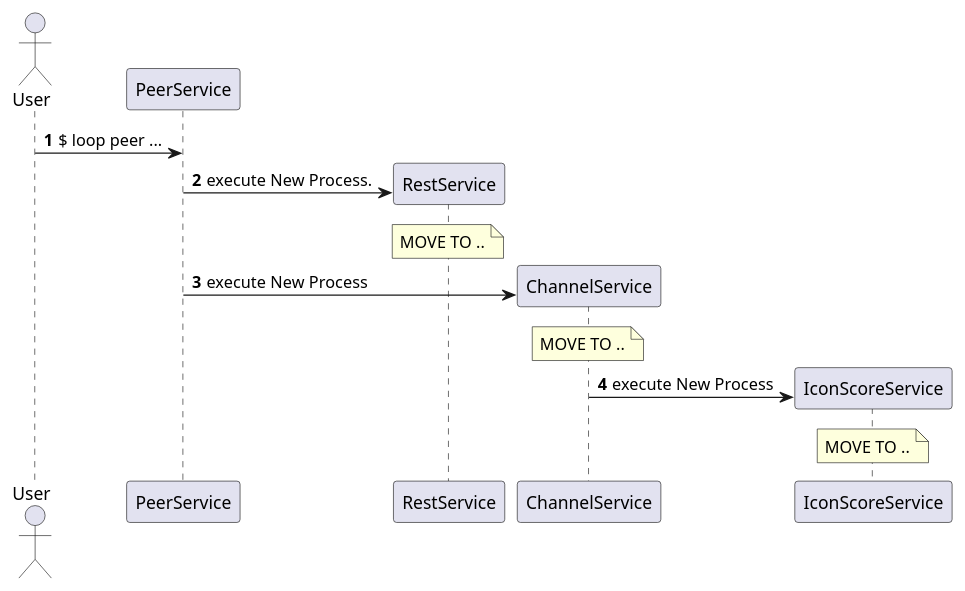
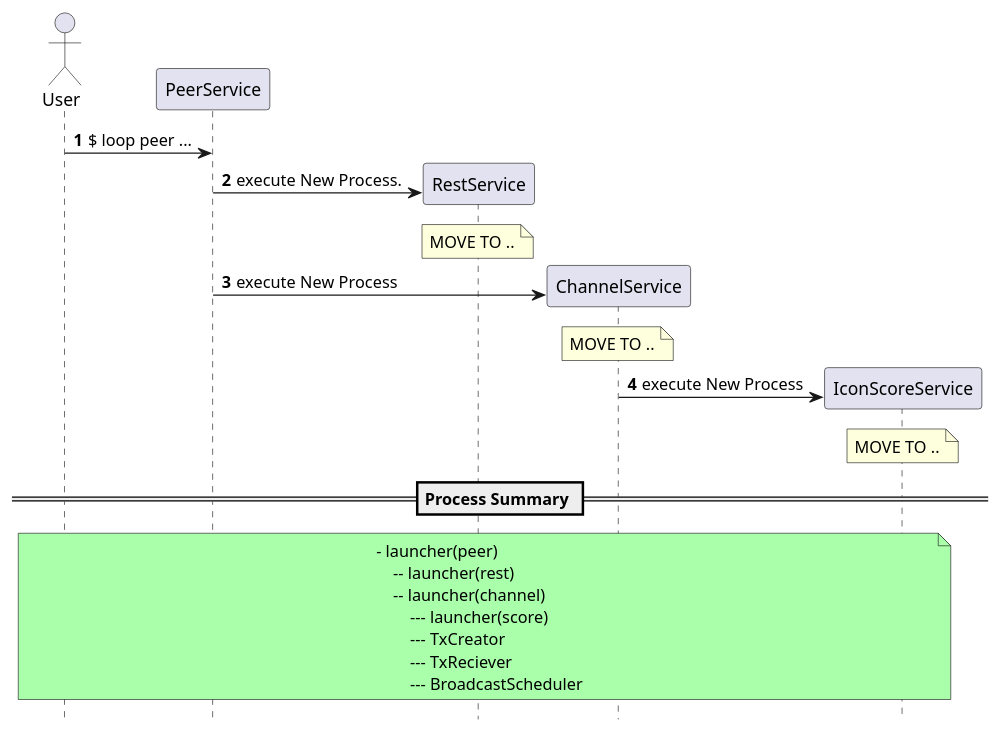
Before and after one commit to metalg0su/studies: the diagram in diagrams/processes/OVERALL/processes-summary.puml, drawn with PlantUML.

Commit message:
[feature/process] minor edition
 - tree structure of process. htop similar expericence.

```diff
--- a/diagrams/processes/OVERALL/processes-summary.puml
+++ b/diagrams/processes/OVERALL/processes-summary.puml
@@ -1,17 +1,29 @@
 @startuml
-autonumber 
+autonumber
+hide footbox
 
+' ===== DIAGRAM
 actor User
 
 User -> PeerService: $ loop peer ...
 create RestService
 PeerService -> RestService: execute New Process.
 note over RestService: MOVE TO .. 
 create ChannelService
 PeerService -> ChannelService: execute New Process
 note over ChannelService: MOVE TO ..
 create IconScoreService 
 ChannelService -> IconScoreService: execute New Process
 note over IconScoreService: MOVE TO ..
 
+== Process Summary ==
+note over User, IconScoreService #aaffaa
+    - launcher(peer)
+        -- launcher(rest)
+        -- launcher(channel)
+            --- launcher(score)
+            --- TxCreator
+            --- TxReciever
+            --- BroadcastScheduler
+end note
 @enduml
```
